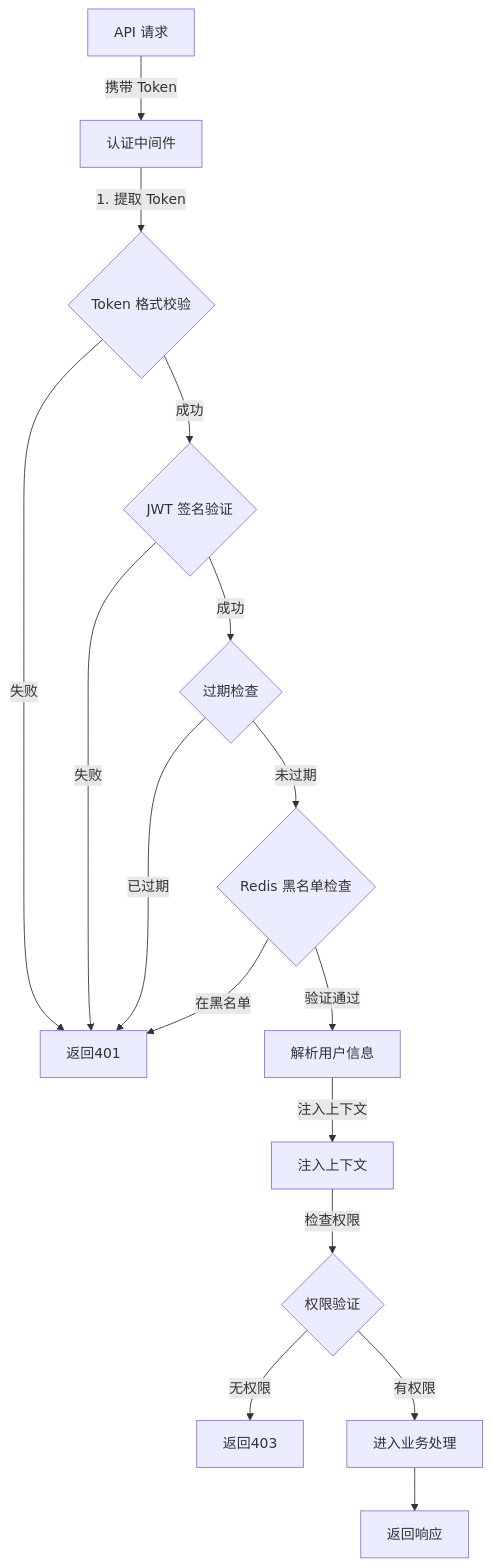
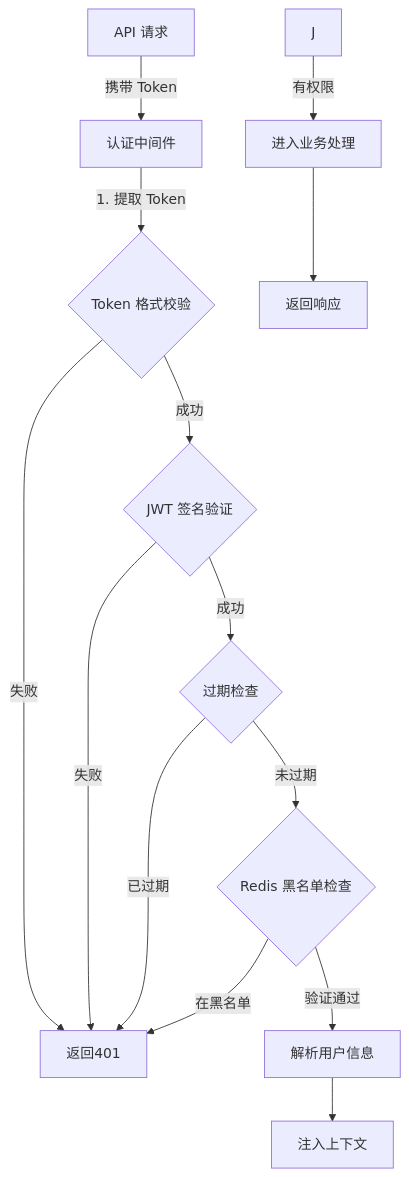
The diagram in all/未命名-10.md (yingjianzh/iodraw-files), drawn with Mermaid before and after one commit.

Commit message:
2025-01-02 11:44:20 update

````diff
--- a/all/未命名-10.md
+++ b/all/未命名-10.md
@@ -1,26 +1,25 @@
 ```mermaid
 flowchart TD
     A[API 请求] -->|携带 Token| B[认证中间件]
     
     B -->|1. 提取 Token| C{Token 格式校验}
     C -->|失败| D[返回401]
     
     C -->|成功| E{JWT 签名验证}
     E -->|失败| D
     
     E -->|成功| F{过期检查}
     F -->|已过期| D
     
     F -->|未过期| G{Redis 黑名单检查}
     G -->|在黑名单| D
     
     G -->|验证通过| H[解析用户信息]
-    H -->|注入上下文|I[注入上下文]
+    H -->I[注入上下文]
     
-    I -->|检查权限| J{权限验证}
-    J -->|无权限| K[返回403]
+    I
     
     J -->|有权限| L[进入业务处理]
     
     L --> M[返回响应]
 ```
````
